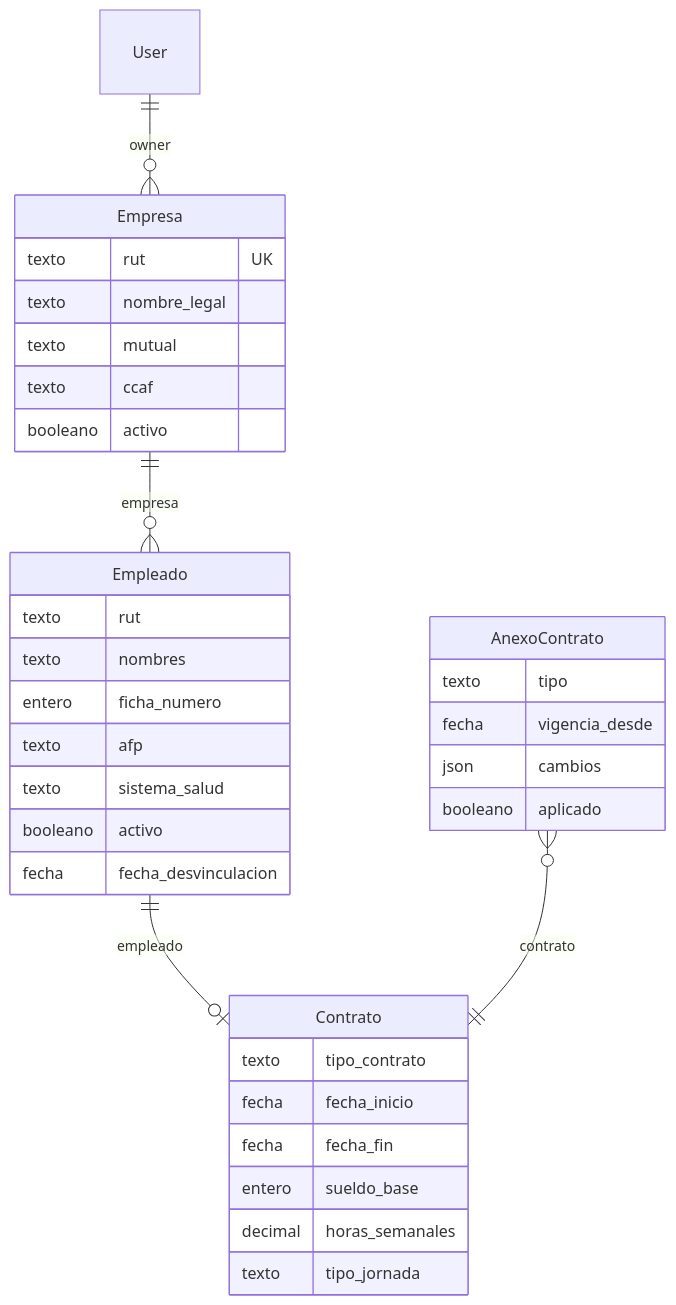
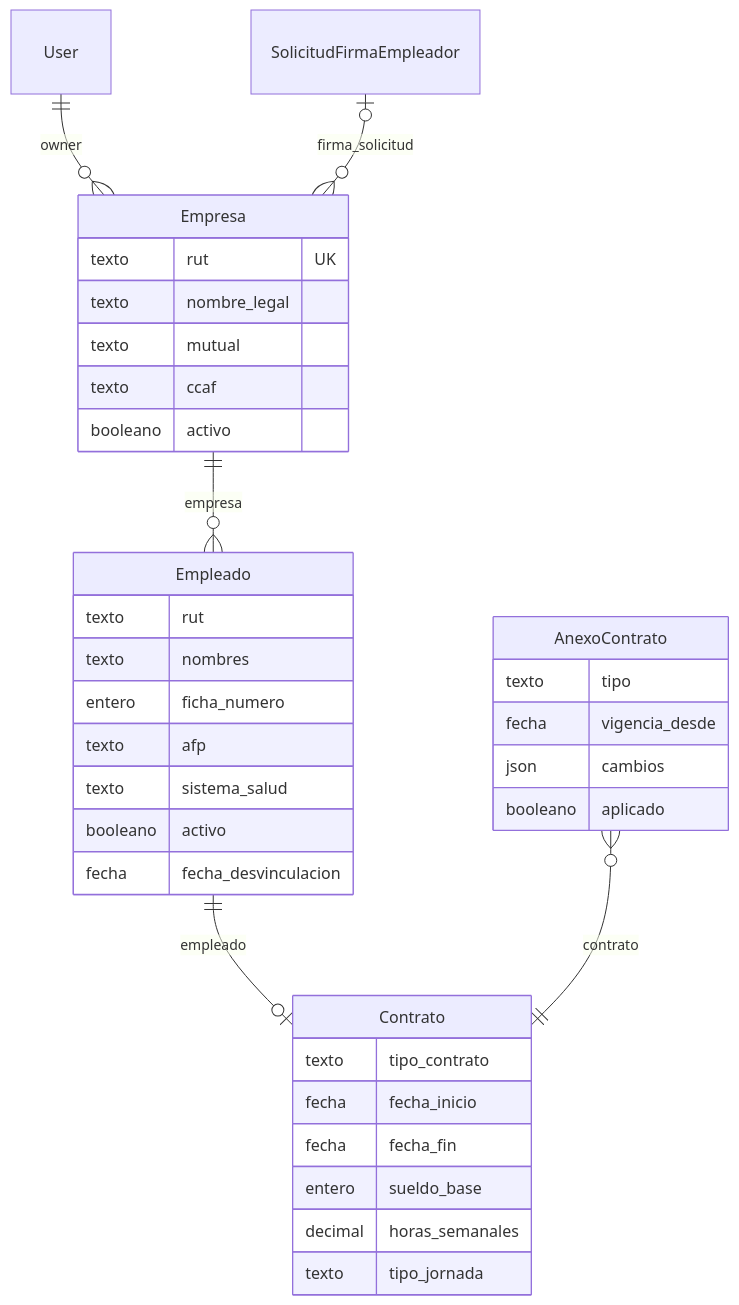
The diagram in docs/tecnico/figuras/06-er-trabajadores.mmd (FehuDeveloperTeam/jornada40-saas), drawn with Mermaid before and after one commit. The commit also changed 59 other files, not shown here.

```diff
--- a/docs/tecnico/figuras/06-er-trabajadores.mmd
+++ b/docs/tecnico/figuras/06-er-trabajadores.mmd
@@ -1,37 +1,38 @@
 %% Capítulo 6 · Empresas, trabajadores y contratos (generado por herramientas/modelo_datos.py)
 erDiagram
   direction TB
   User ||--o{ Empresa : "owner"
+  SolicitudFirmaEmpleador |o--o{ Empresa : "firma_solicitud"
   Empresa ||--o{ Empleado : "empresa"
   Empleado ||--o| Contrato : "empleado"
   AnexoContrato }o--|| Contrato : "contrato"
   Empresa {
     texto rut UK
     texto nombre_legal
     texto mutual
     texto ccaf
     booleano activo
   }
   Empleado {
     texto rut
     texto nombres
     entero ficha_numero
     texto afp
     texto sistema_salud
     booleano activo
     fecha fecha_desvinculacion
   }
   Contrato {
     texto tipo_contrato
     fecha fecha_inicio
     fecha fecha_fin
     entero sueldo_base
     decimal horas_semanales
     texto tipo_jornada
   }
   AnexoContrato {
     texto tipo
     fecha vigencia_desde
     json cambios
     booleano aplicado
   }
```
